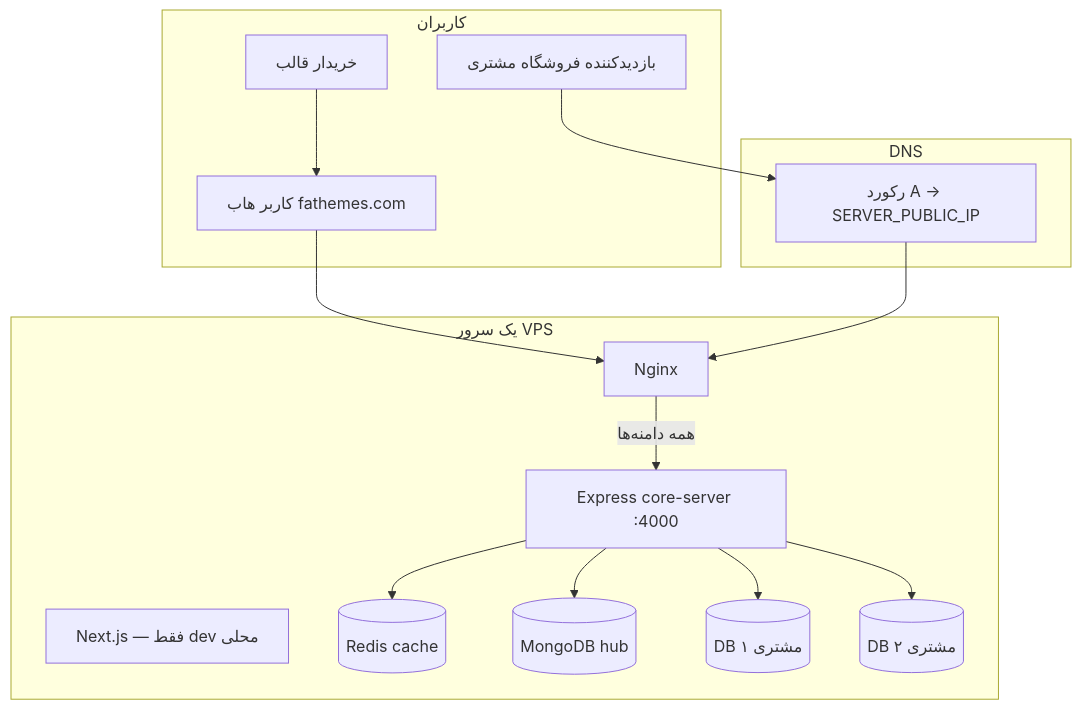
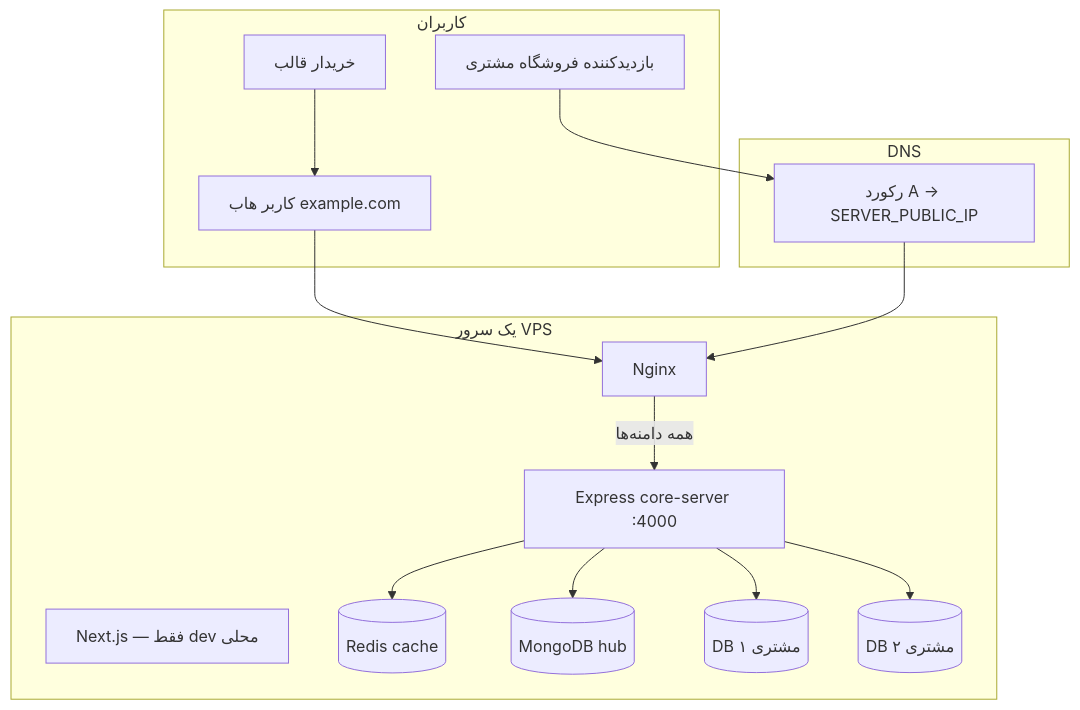
The diagram in store-app/docs/MANAGED-SITE-ARCHITECTURE.md (hasan-1990/store-product-physical), drawn with Mermaid before and after one commit. The commit also changed other lines of this file and 30 other files, not shown here.

````diff
--- a/store-app/docs/MANAGED-SITE-ARCHITECTURE.md
+++ b/store-app/docs/MANAGED-SITE-ARCHITECTURE.md
@@ -25,31 +25,31 @@
 ```mermaid
 flowchart TB
   subgraph clients [کاربران]
     Buyer[خریدار قالب]
     Visitor[بازدیدکننده فروشگاه مشتری]
-    HubUser[کاربر هاب fathemes.com]
+    HubUser[کاربر هاب example.com]
   end
 
   subgraph dns [DNS]
     ARecord["رکورد A → SERVER_PUBLIC_IP"]
   end
 
   subgraph server [یک سرور VPS]
     Nginx[Nginx]
     Express["Express core-server :4000"]
     NextTemp["Next.js — فقط dev محلی"]
     Redis[(Redis cache)]
     MongoHub[(MongoDB hub)]
     MongoT1[(DB مشتری ۱)]
     MongoT2[(DB مشتری ۲)]
   end
 
   Buyer --> HubUser
   HubUser --> Nginx
   Visitor --> ARecord --> Nginx
   Nginx -->|"همه دامنه‌ها"| Express
   Express --> Redis
   Express --> MongoHub
   Express --> MongoT1
   Express --> MongoT2
 ```
````
